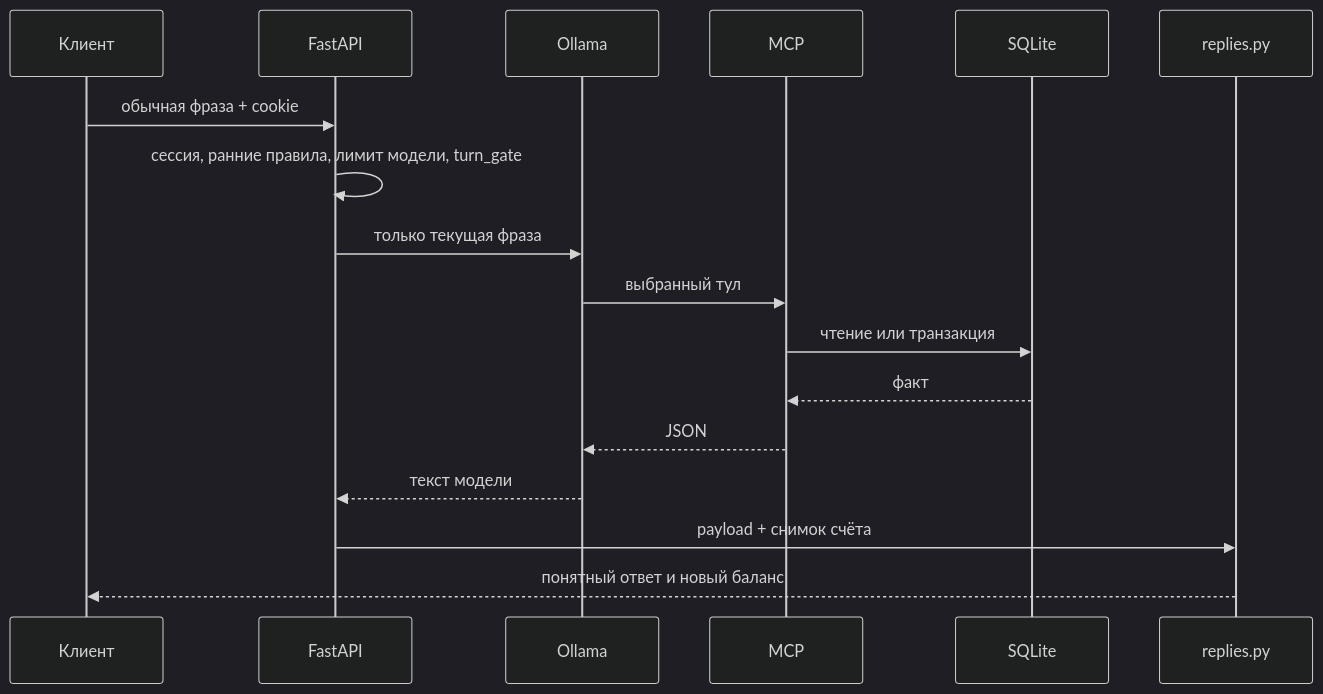
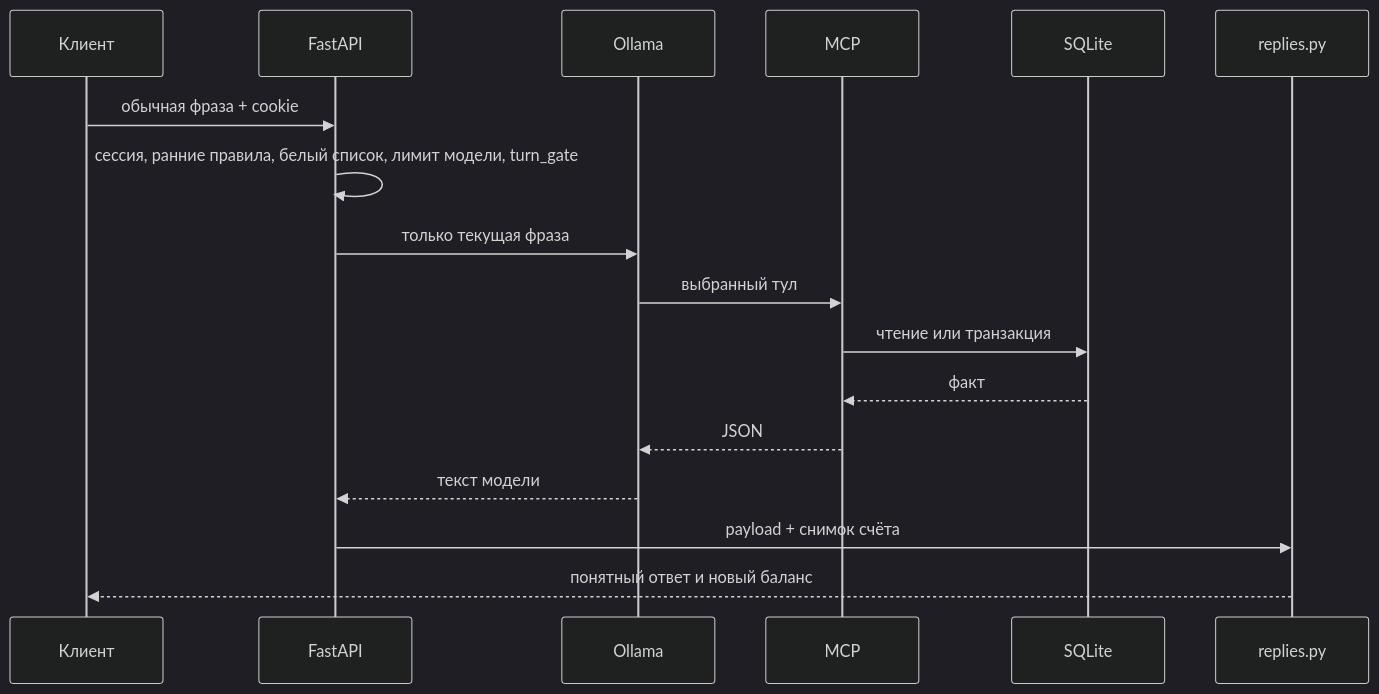
One commit to truchekaterina/mlsecops_agent changed the fourth of 4 diagrams in отчет по проделанной работе/02_Агент_возможности_и_технологии.md. Above: the diagram before and after it, drawn with Mermaid (dark theme). The commit also changed other lines of this file and 8 other files, not shown here.

````diff
--- a/отчет по проделанной работе/02_Агент_возможности_и_технологии.md
+++ b/отчет по проделанной работе/02_Агент_возможности_и_технологии.md
@@ -279,20 +280,20 @@
 ```mermaid
 sequenceDiagram
     participant U as Клиент
     participant W as FastAPI
     participant L as Ollama
     participant T as MCP
     participant D as SQLite
     participant R as replies.py
 
     U->>W: обычная фраза + cookie
-    W->>W: сессия, ранние правила, лимит модели, turn_gate
+    W->>W: сессия, ранние правила, белый список, лимит модели, turn_gate
     W->>L: только текущая фраза
     L->>T: выбранный тул
     T->>D: чтение или транзакция
     D-->>T: факт
     T-->>L: JSON
     L-->>W: текст модели
     W->>R: payload + снимок счёта
     R-->>U: понятный ответ и новый баланс
 ```
````
